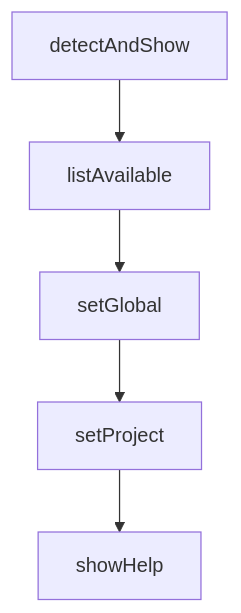
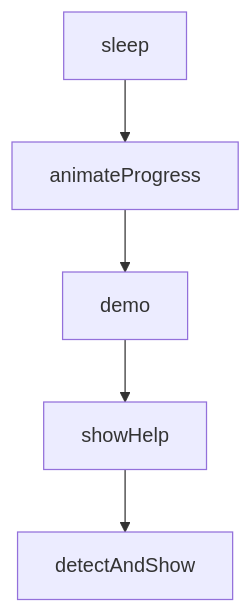
Before and after one commit to johnxie/awesome-code-docs: the diagram in tutorials/everything-claude-code-tutorial/06-cross-platform-workflows-cursor-and-opencode.md, drawn with Mermaid. The commit also changed other lines of this file and 1232 other files, not shown here.

````diff
--- a/tutorials/everything-claude-code-tutorial/06-cross-platform-workflows-cursor-and-opencode.md
+++ b/tutorials/everything-claude-code-tutorial/06-cross-platform-workflows-cursor-and-opencode.md
@@ -212,12 +210,12 @@
 ```mermaid
 flowchart TD
-    A[detectAndShow]
-    B[listAvailable]
-    C[setGlobal]
-    D[setProject]
-    E[showHelp]
+    A[sleep]
+    B[animateProgress]
+    C[demo]
+    D[showHelp]
+    E[detectAndShow]
     A --> B
     B --> C
     C --> D
     D --> E
 ```
````
